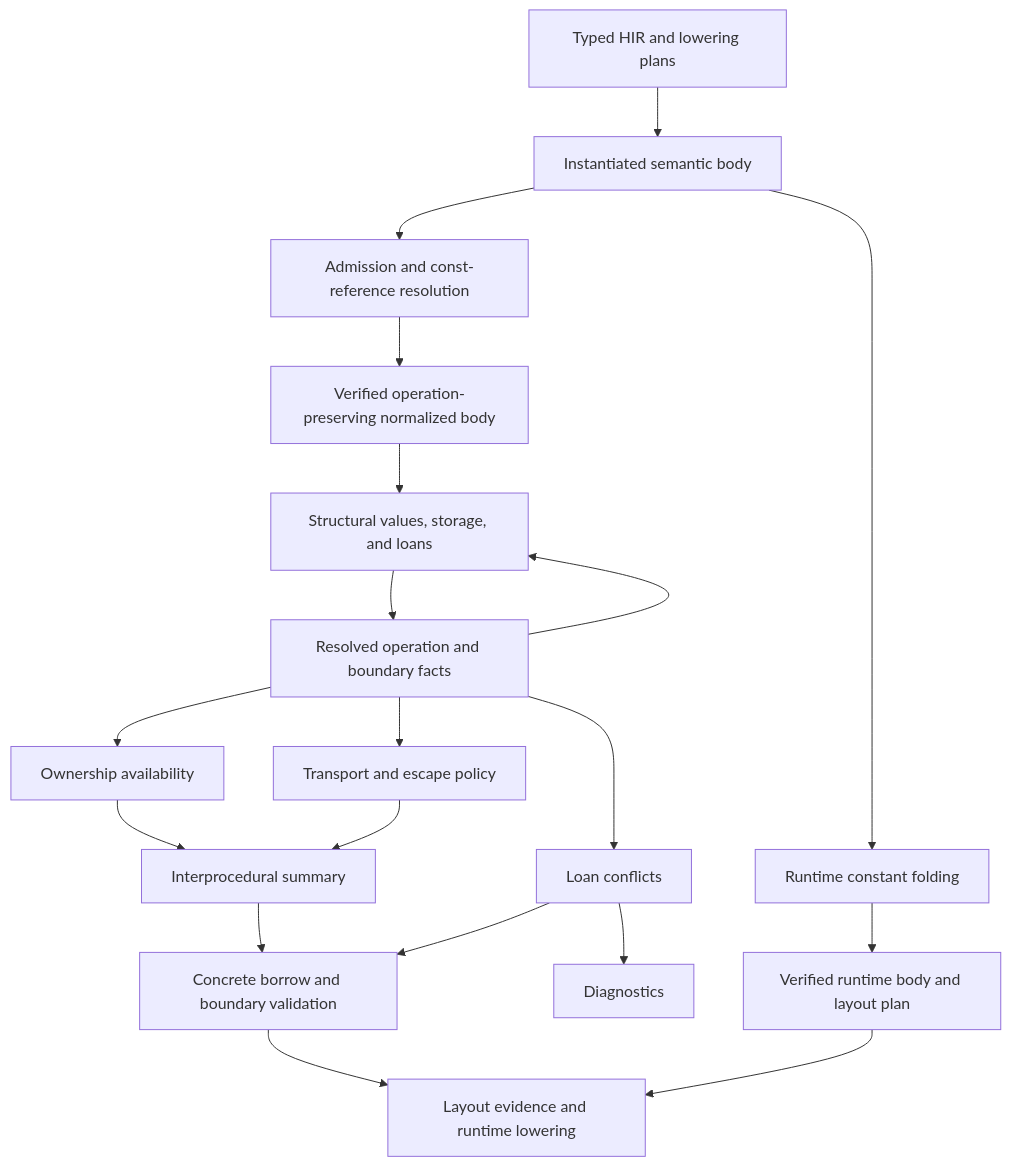
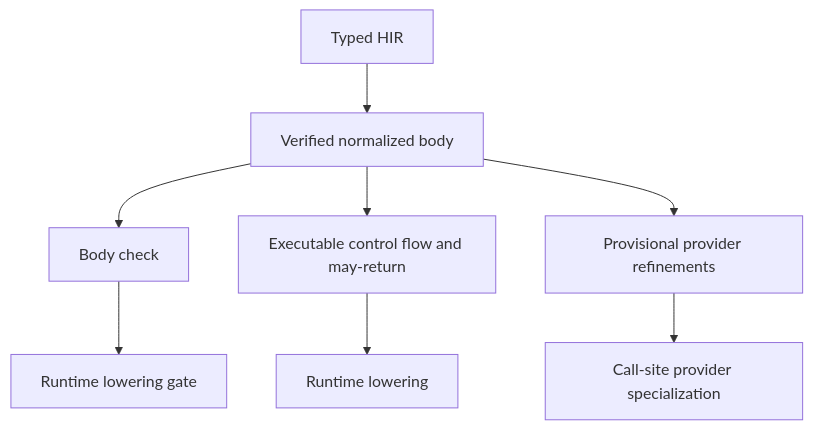
One commit to sbillig/fe changed the diagram in docs/architecture/borrow-checker.md. Above: the diagram before and after it, drawn with Mermaid. The commit also changed other lines of this file and 2 other files, not shown here.

Commit message:
Document the signature-based borrow checker

````diff
--- a/docs/architecture/borrow-checker.md
+++ b/docs/architecture/borrow-checker.md
@@ -12,21 +22,10 @@
 ```mermaid
 flowchart TD
-    Typed[Typed HIR and lowering plans] --> Raw[Instantiated semantic body]
-    Raw --> Admission[Admission and const-reference resolution]
-    Admission --> Normalized[Verified operation-preserving normalized body]
-    Raw --> Folding[Runtime constant folding]
-    Folding --> RuntimeBody[Verified runtime body and layout plan]
-    Normalized --> Structural[Structural values, storage, and loans]
-    Structural --> Resolution[Resolved operation and boundary facts]
-    Resolution --> Structural
-    Resolution --> Ownership[Ownership availability]
-    Resolution --> Conflicts[Loan conflicts]
-    Resolution --> Boundary[Transport and escape policy]
-    Ownership --> Summary[Interprocedural summary]
-    Conflicts --> Diagnostics[Diagnostics]
-    Boundary --> Summary
-    Summary --> Validation[Concrete borrow and boundary validation]
-    Conflicts --> Validation
-    Validation --> Runtime[Layout evidence and runtime lowering]
-    RuntimeBody --> Runtime
+    Typed[Typed HIR] --> Normalized[Verified normalized body]
+    Normalized --> Check[Body check]
+    Normalized --> Control[Executable control flow and may-return]
+    Normalized --> Refine[Provisional provider refinements]
+    Check --> Gate[Runtime lowering gate]
+    Control --> Runtime[Runtime lowering]
+    Refine --> Instances[Call-site provider specialization]
 ```
````
